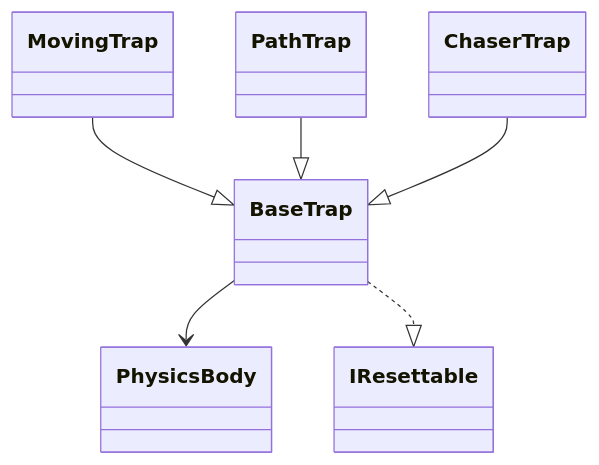
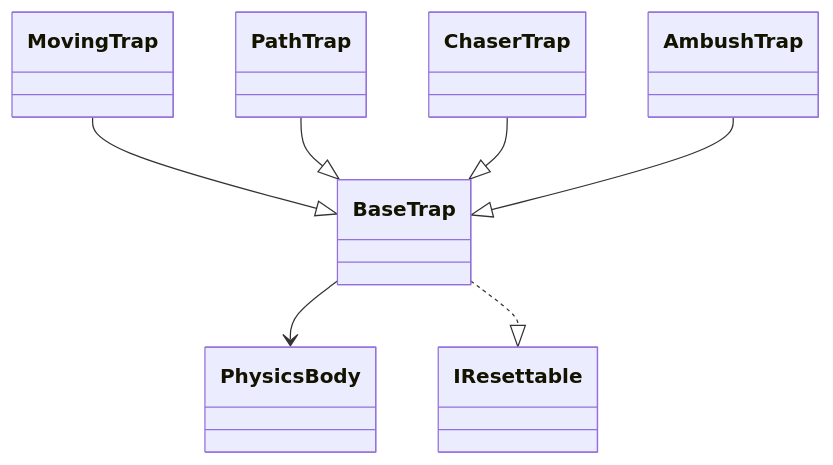
Before and after one commit to gba-projekt-thi/platformer: the third of 5 diagrams in docs/components.md, drawn with Mermaid. The commit also changed other lines of this file and 7 other files, not shown here.

First line of the commit message:
docs: document AmbushTrap and the two-level-per-world level roster

````diff
--- a/docs/components.md
+++ b/docs/components.md
@@ -131,10 +131,11 @@
 ```mermaid
 classDiagram
     PhysicsBody
     IResettable
     BaseTrap --> PhysicsBody
     BaseTrap ..|> IResettable
     MovingTrap --|> BaseTrap
     PathTrap --|> BaseTrap
     ChaserTrap --|> BaseTrap
+    AmbushTrap --|> BaseTrap
 ```
````
